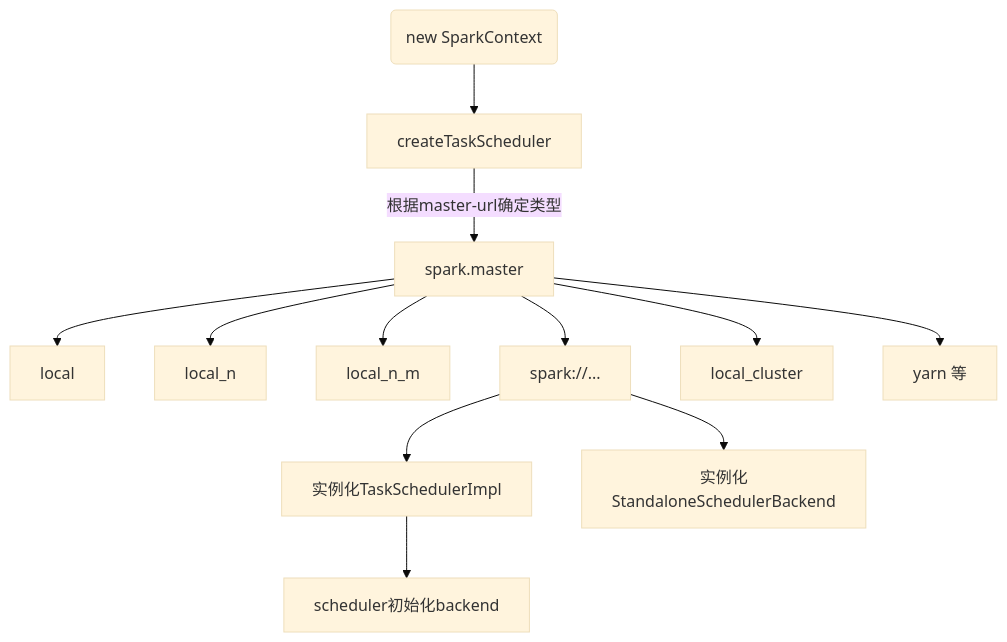
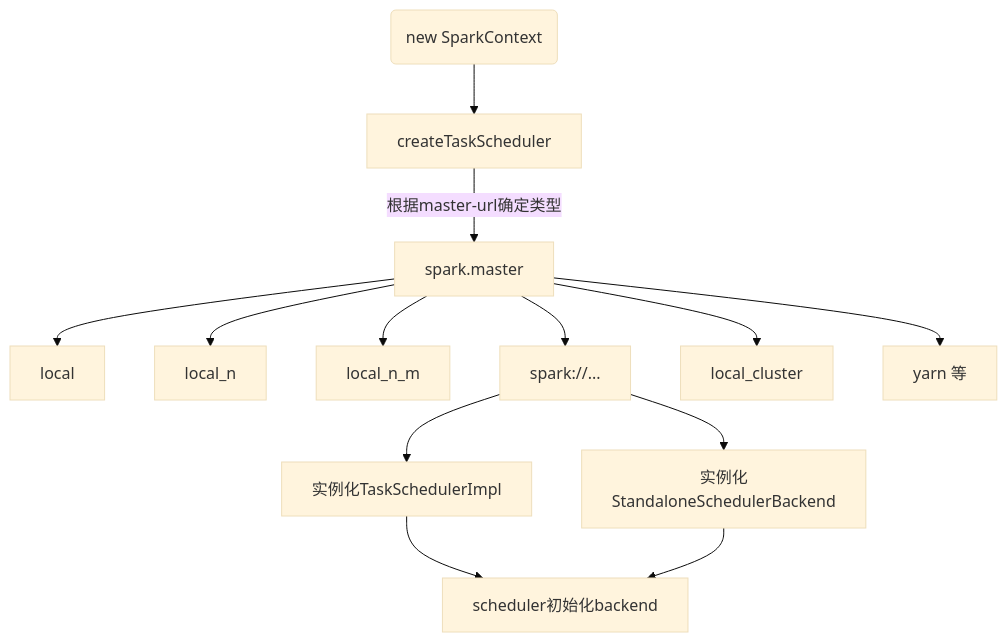
Before and after one commit to mzl9039/mzl9039.github.io: the first of 2 diagrams in _posts/2018-3-5-spark-源码分析-任务分发与执行流程.md, drawn with Mermaid (base theme).

```diff
--- a/_posts/2018-3-5-spark-源码分析-任务分发与执行流程.md
+++ b/_posts/2018-3-5-spark-源码分析-任务分发与执行流程.md
@@ -21,14 +21,15 @@
 <div class="mermaid">
 graph TD    
     sc(new SparkContext)-->create_scheduler[createTaskScheduler]
     create_scheduler[createTaskScheduler]-->|根据master-url确定类型|master_url[spark.master]
     master_url[spark.master]-->local[local]
     master_url[spark.master]-->local_n
     master_url[spark.master]-->local_n_m
     master_url[spark.master]-->spark_url[spark://...]
     master_url[spark.master]-->local_cluster[local_cluster]
     master_url[spark.master]-->other[yarn 等]
     spark_url[spark://...]-->new_scheduler[实例化TaskSchedulerImpl]
     spark_url[spark://...]-->new_backend[实例化StandaloneSchedulerBackend]
     new_scheduler-->initialize[scheduler初始化backend]
+    new_backend[实例化StandaloneSchedulerBackend]-->initialize[scheduler初始化backend]
 </div>
```
